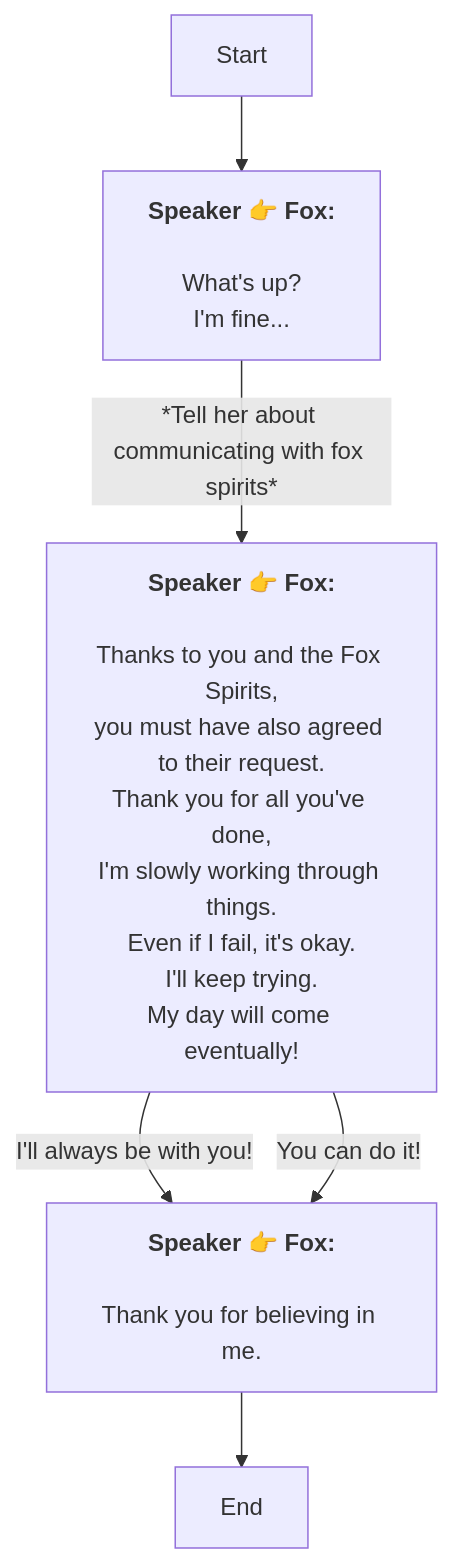
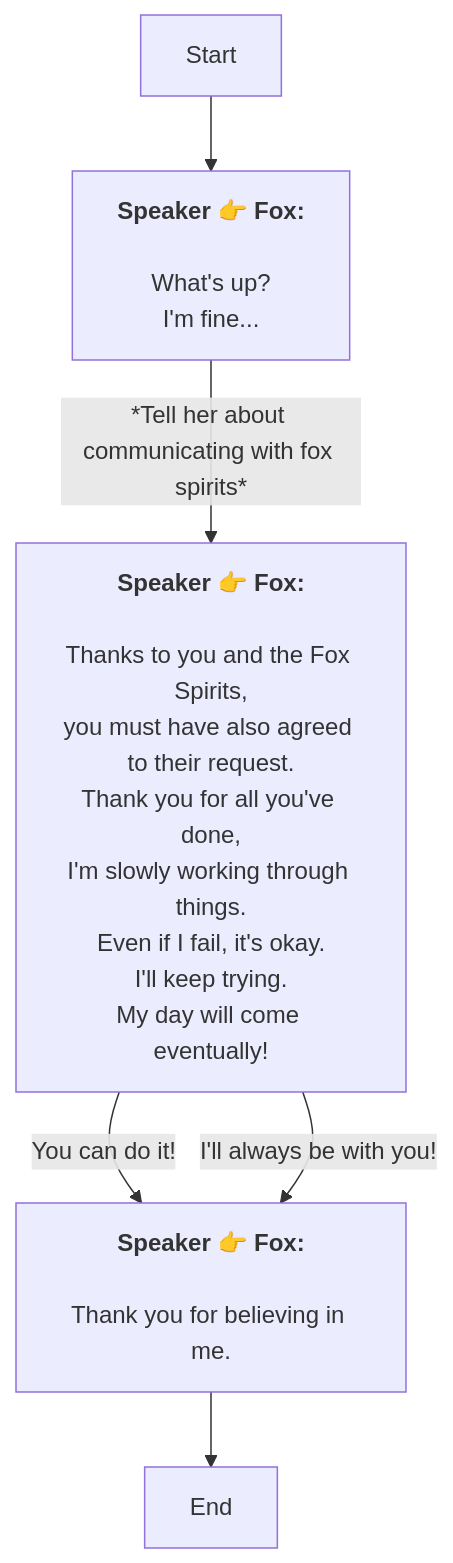
The diagram in En/AddDialogNode_1738551728303397.md (SoftHu/tos_avg), drawn with Mermaid before and after one commit. The commit also changed other lines of this file and 780 other files, not shown here.

````diff
--- a/En/AddDialogNode_1738551728303397.md
+++ b/En/AddDialogNode_1738551728303397.md
@@ -1,18 +1,18 @@
 ```mermaid
 graph
 Start -->1738551751763240[<b>Speaker 👉 Fox:</b>
 \nWhat's up?
 I'm fine...]
 1738551751763240 -->|*Tell her about communicating with fox spirits*|1738551856380205[<b>Speaker 👉 Fox:</b>
 \nThanks to you and the Fox Spirits,
 you must have also agreed to their request.\nThank you for all you've done,
 I'm slowly working through things.\nEven if I fail, it's okay.
 I'll keep trying.
 My day will come eventually!]
+1738551856380205 -->|You can do it!|1738552022961459[<b>Speaker 👉 Fox:</b>
+\nThank you for believing in me.]
 1738551856380205 -->|I'll always be with you!|1738552022961459[<b>Speaker 👉 Fox:</b>
-\nThank you for believing in me.]
-1738551856380205 -->|You can do it!|1738552022961459[<b>Speaker 👉 Fox:</b>
 \nThank you for believing in me.]
 1738552022961459 -->1738552165615931[End]
 
 ```
````
